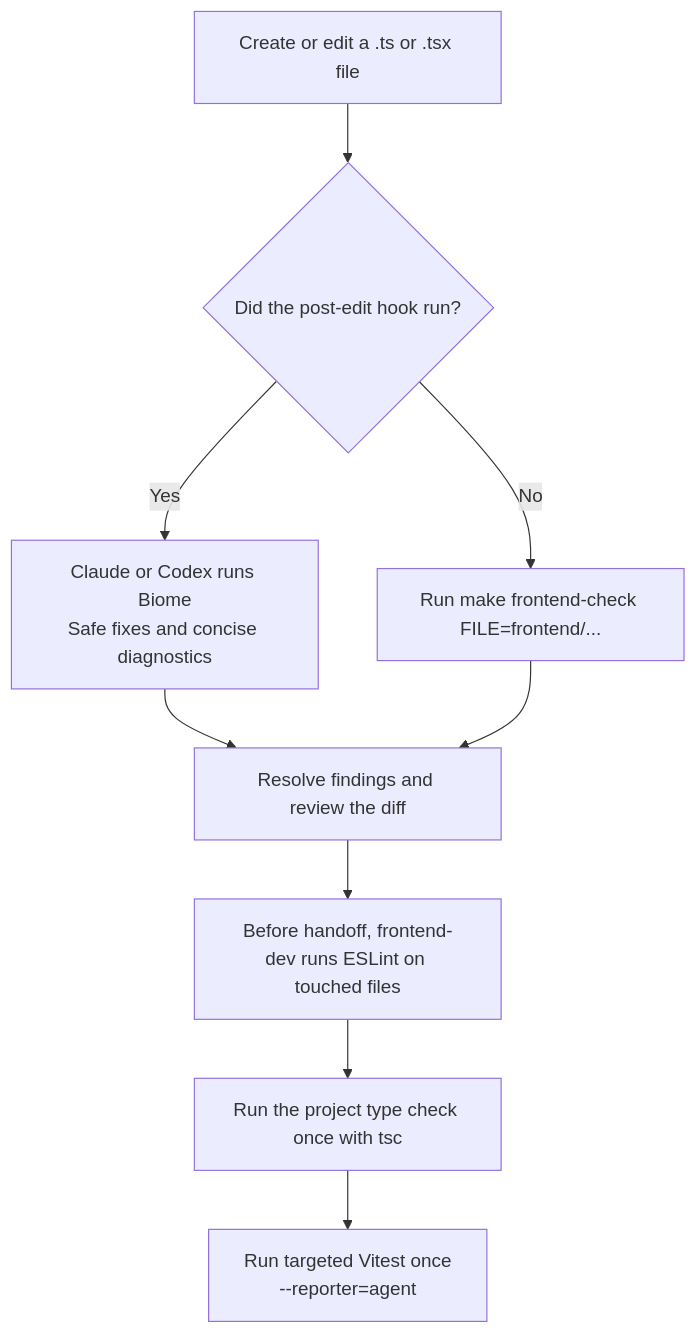
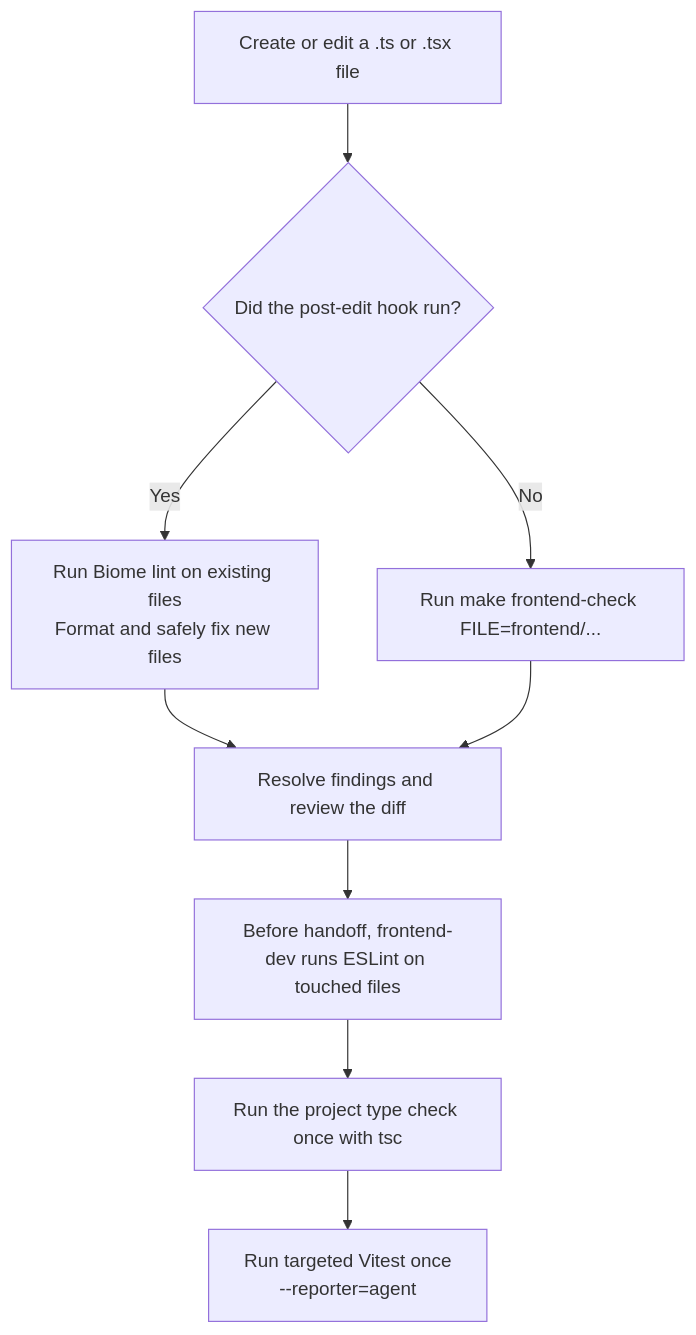
The second of 4 diagrams in SETUP.md (vincentmakes/turbo-ea), drawn with Mermaid before and after one commit. The commit also changed other lines of this file and 6 other files, not shown here.

Commit message:
fix(dev): scope Ruff and Biome post-edit fixes

````diff
--- a/SETUP.md
+++ b/SETUP.md
@@ -202,11 +202,11 @@
 ```mermaid
 flowchart TD
     edit["Create or edit a .ts or .tsx file"] --> hook{"Did the post-edit hook run?"}
-    hook -->|Yes| automatic["Claude or Codex runs Biome<br/>Safe fixes and concise diagnostics"]
+    hook -->|Yes| automatic["Run Biome lint on existing files<br/>Format and safely fix new files"]
     hook -->|No| manual["Run make frontend-check FILE=frontend/..."]
     automatic --> review["Resolve findings and review the diff"]
     manual --> review
     review --> eslint["Before handoff, frontend-dev runs ESLint on touched files"]
     eslint --> types["Run the project type check once with tsc"]
     types --> tests["Run targeted Vitest once<br/>--reporter=agent"]
 ```
````
